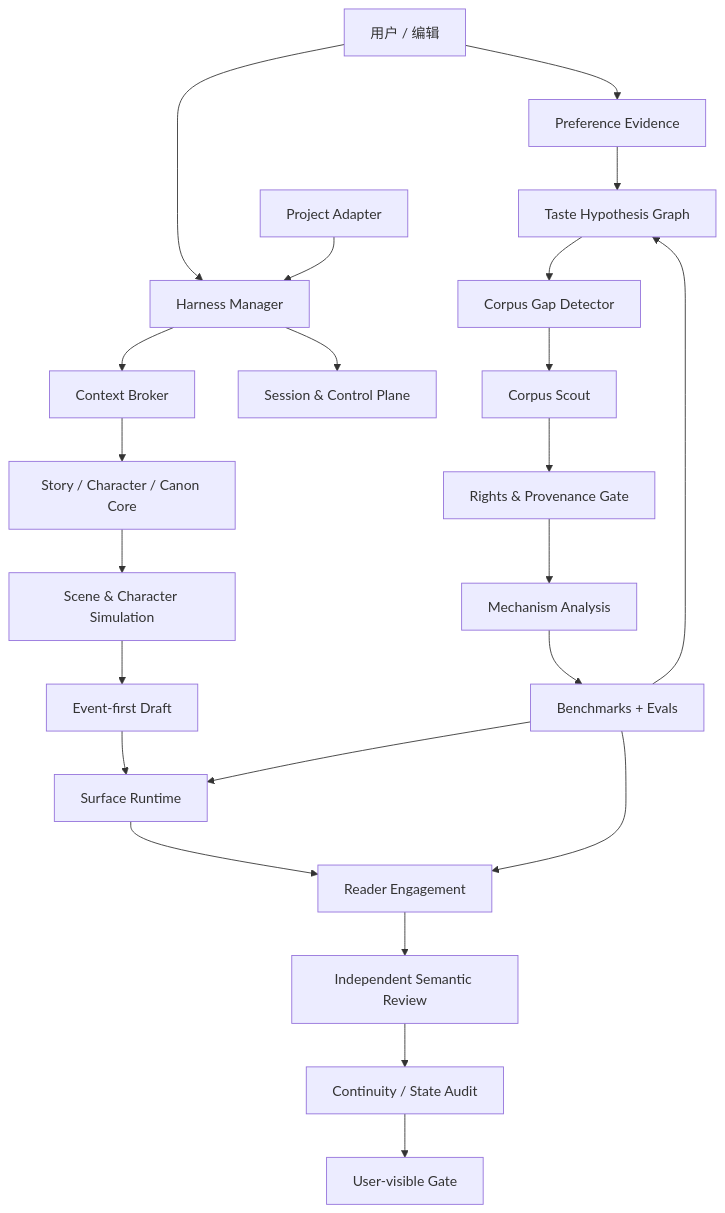
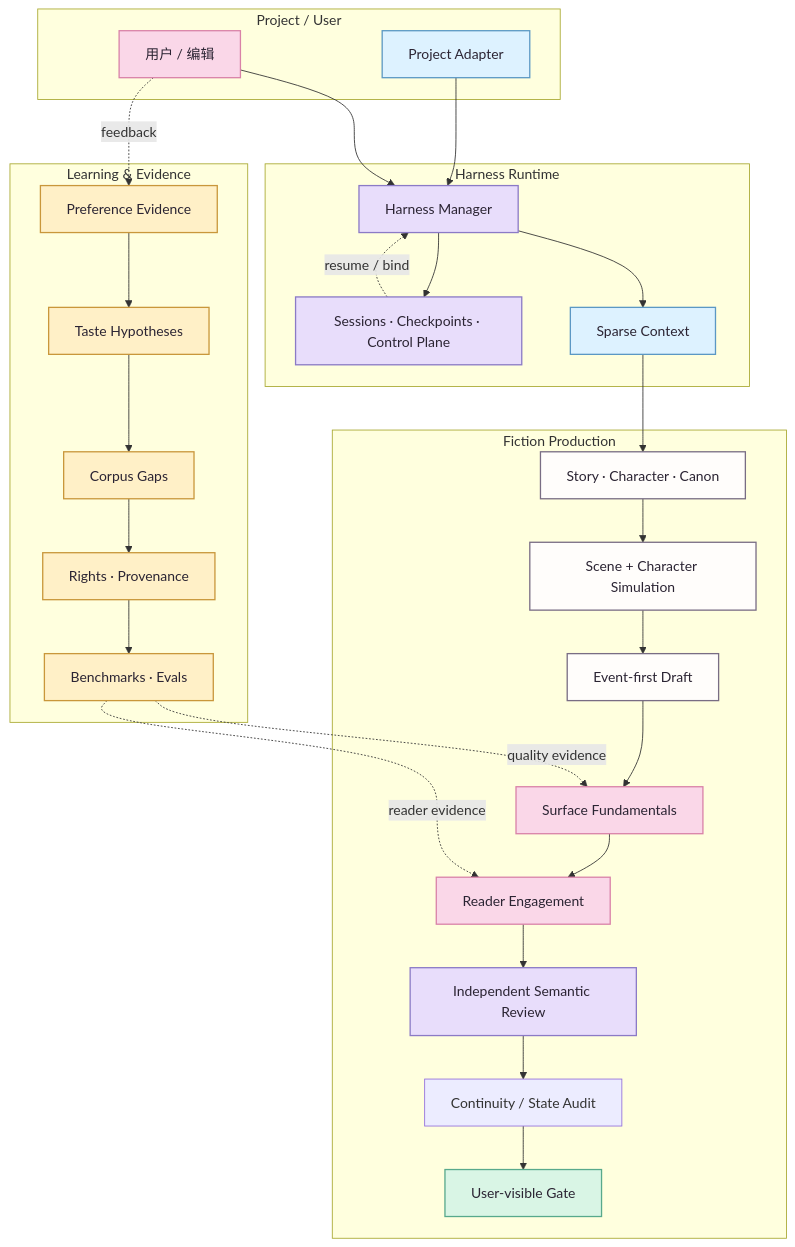
The diagram in README.zh-CN.md (xiaooye/Quillframe), drawn with Mermaid before and after one commit. The commit also changed other lines of this file, not shown here.

````diff
--- a/README.zh-CN.md
+++ b/README.zh-CN.md
@@ -30,26 +30,59 @@
 ```mermaid
 flowchart TB
-    U[用户 / 编辑] --> M[Harness Manager]
-    PA[Project Adapter] --> M
-    M --> CTX[Context Broker]
-    M --> CP[Session & Control Plane]
-    CTX --> CORE[Story / Character / Canon Core]
-    CORE --> SIM[Scene & Character Simulation]
-    SIM --> D[Event-first Draft]
-    D --> SURF[Surface Runtime]
-    SURF --> READ[Reader Engagement]
-    READ --> SEM[Independent Semantic Review]
-    SEM --> CONT[Continuity / State Audit]
-    CONT --> GATE[User-visible Gate]
+    subgraph INPUT[Project / User]
+        U[用户 / 编辑]
+        PA[Project Adapter]
+    end
 
-    U --> PREF[Preference Evidence]
-    PREF --> HYP[Taste Hypothesis Graph]
-    HYP --> GAP[Corpus Gap Detector]
-    GAP --> SCOUT[Corpus Scout]
-    SCOUT --> RIGHTS[Rights & Provenance Gate]
-    RIGHTS --> ANALYZE[Mechanism Analysis]
-    ANALYZE --> BENCH[Benchmarks + Evals]
-    BENCH --> HYP
-    BENCH --> SURF
-    BENCH --> READ
+    subgraph RUNTIME[Harness Runtime]
+        M[Harness Manager]
+        CTX[Sparse Context]
+        CP[Sessions · Checkpoints · Control Plane]
+    end
+
+    subgraph PROD[Fiction Production]
+        CORE[Story · Character · Canon]
+        SIM[Scene + Character Simulation]
+        D[Event-first Draft]
+        SURF[Surface Fundamentals]
+        READ[Reader Engagement]
+        SEM[Independent Semantic Review]
+        CONT[Continuity / State Audit]
+        GATE[User-visible Gate]
+    end
+
+    subgraph LEARN[Learning & Evidence]
+        PREF[Preference Evidence]
+        HYP[Taste Hypotheses]
+        GAP[Corpus Gaps]
+        RIGHTS[Rights · Provenance]
+        BENCH[Benchmarks · Evals]
+    end
+
+    U --> M
+    PA --> M
+    M --> CTX
+    M --> CP
+    CTX --> CORE
+    CORE --> SIM --> D --> SURF --> READ --> SEM --> CONT --> GATE
+
+    U -. feedback .-> PREF
+    PREF --> HYP --> GAP --> RIGHTS --> BENCH
+    BENCH -. quality evidence .-> SURF
+    BENCH -. reader evidence .-> READ
+    CP -. resume / bind .-> M
+
+    classDef project fill:#DDF2FF,stroke:#5B98C4,color:#2B2433,stroke-width:1.5px;
+    classDef runtime fill:#E8DDFB,stroke:#8B7AC6,color:#2B2433,stroke-width:1.5px;
+    classDef story fill:#FFFDFB,stroke:#796D84,color:#2B2433,stroke-width:1.5px;
+    classDef quality fill:#FAD7E8,stroke:#D982A8,color:#2B2433,stroke-width:1.5px;
+    classDef evidence fill:#FFF0C7,stroke:#C9973B,color:#2B2433,stroke-width:1.5px;
+    classDef gate fill:#D9F5E5,stroke:#58A98C,color:#2B2433,stroke-width:1.5px;
+
+    class PA,CTX project;
+    class M,CP,SEM runtime;
+    class CORE,SIM,D story;
+    class SURF,READ,U quality;
+    class PREF,HYP,GAP,RIGHTS,BENCH evidence;
+    class GATE gate;
 ```
````
